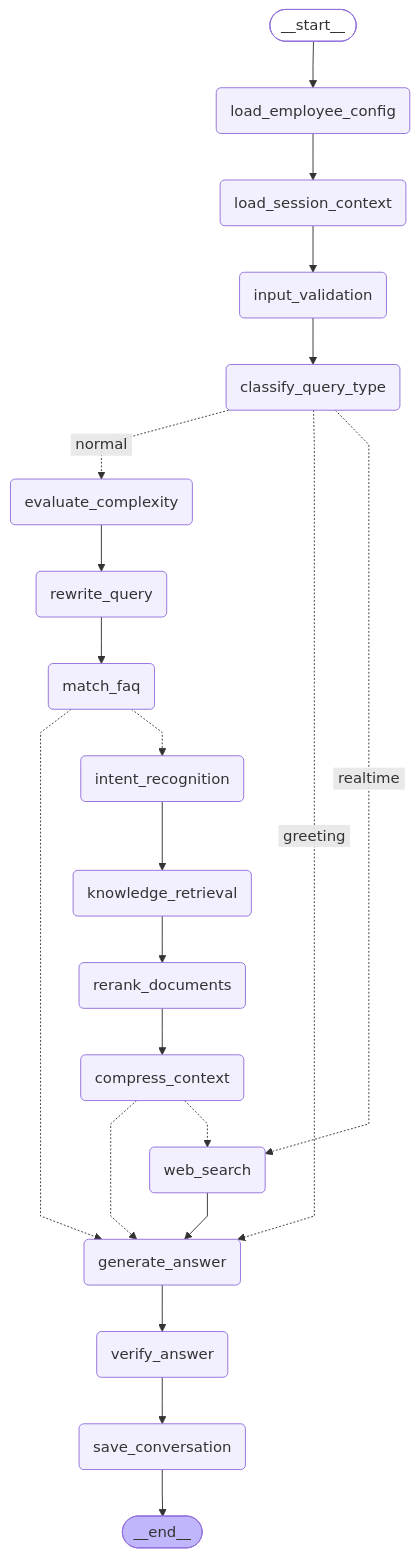
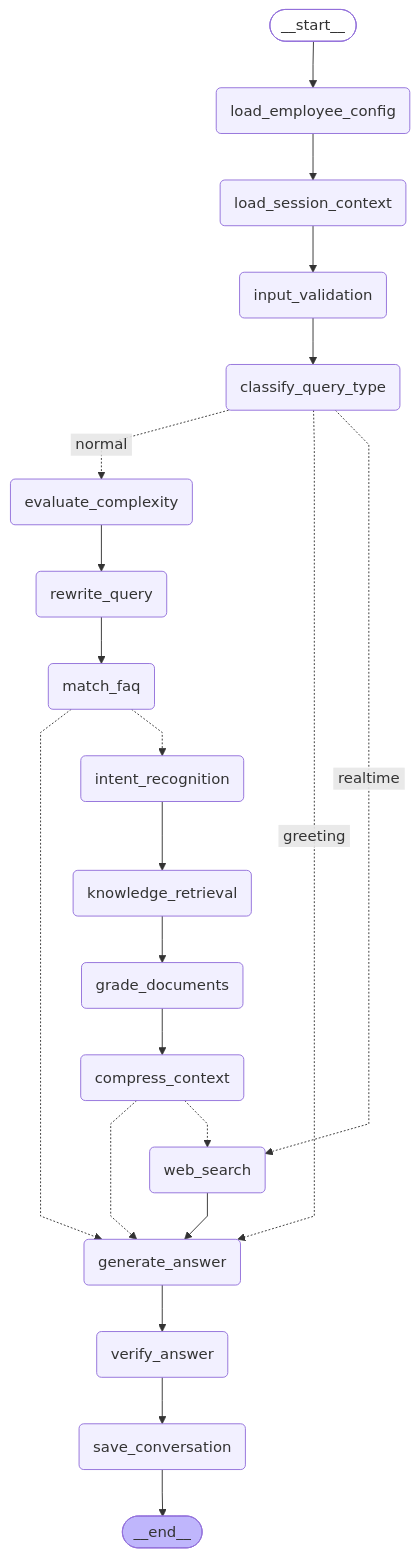
One commit to perfectbullet/ZengKingMorphe changed the diagram in ai-service/graph_debug/crag_graph.mmd. Above: the diagram before and after it, drawn with Mermaid. The commit also changed 15 other files, not shown here.

```diff
--- a/ai-service/graph_debug/crag_graph.mmd
+++ b/ai-service/graph_debug/crag_graph.mmd
@@ -1,46 +1,46 @@
 ---
 config:
   flowchart:
     curve: linear
 ---
 graph TD;
 	__start__([<p>__start__</p>]):::first
 	load_employee_config(load_employee_config)
 	load_session_context(load_session_context)
 	input_validation(input_validation)
 	classify_query_type(classify_query_type)
 	evaluate_complexity(evaluate_complexity)
 	rewrite_query(rewrite_query)
 	match_faq(match_faq)
 	intent_recognition(intent_recognition)
 	knowledge_retrieval(knowledge_retrieval)
-	rerank_documents(rerank_documents)
+	grade_documents(grade_documents)
 	compress_context(compress_context)
 	web_search(web_search)
 	generate_answer(generate_answer)
 	verify_answer(verify_answer)
 	save_conversation(save_conversation)
 	__end__([<p>__end__</p>]):::last
 	__start__ --> load_employee_config;
 	classify_query_type -. &nbsp;normal&nbsp; .-> evaluate_complexity;
 	classify_query_type -. &nbsp;greeting&nbsp; .-> generate_answer;
 	classify_query_type -. &nbsp;realtime&nbsp; .-> web_search;
 	compress_context -.-> generate_answer;
 	compress_context -.-> web_search;
 	evaluate_complexity --> rewrite_query;
 	generate_answer --> verify_answer;
+	grade_documents --> compress_context;
 	input_validation --> classify_query_type;
 	intent_recognition --> knowledge_retrieval;
-	knowledge_retrieval --> rerank_documents;
+	knowledge_retrieval --> grade_documents;
 	load_employee_config --> load_session_context;
 	load_session_context --> input_validation;
 	match_faq -.-> generate_answer;
 	match_faq -.-> intent_recognition;
-	rerank_documents --> compress_context;
 	rewrite_query --> match_faq;
 	verify_answer --> save_conversation;
 	web_search --> generate_answer;
 	save_conversation --> __end__;
 	classDef default fill:#f2f0ff,line-height:1.2
 	classDef first fill-opacity:0
 	classDef last fill:#bfb6fc
```
